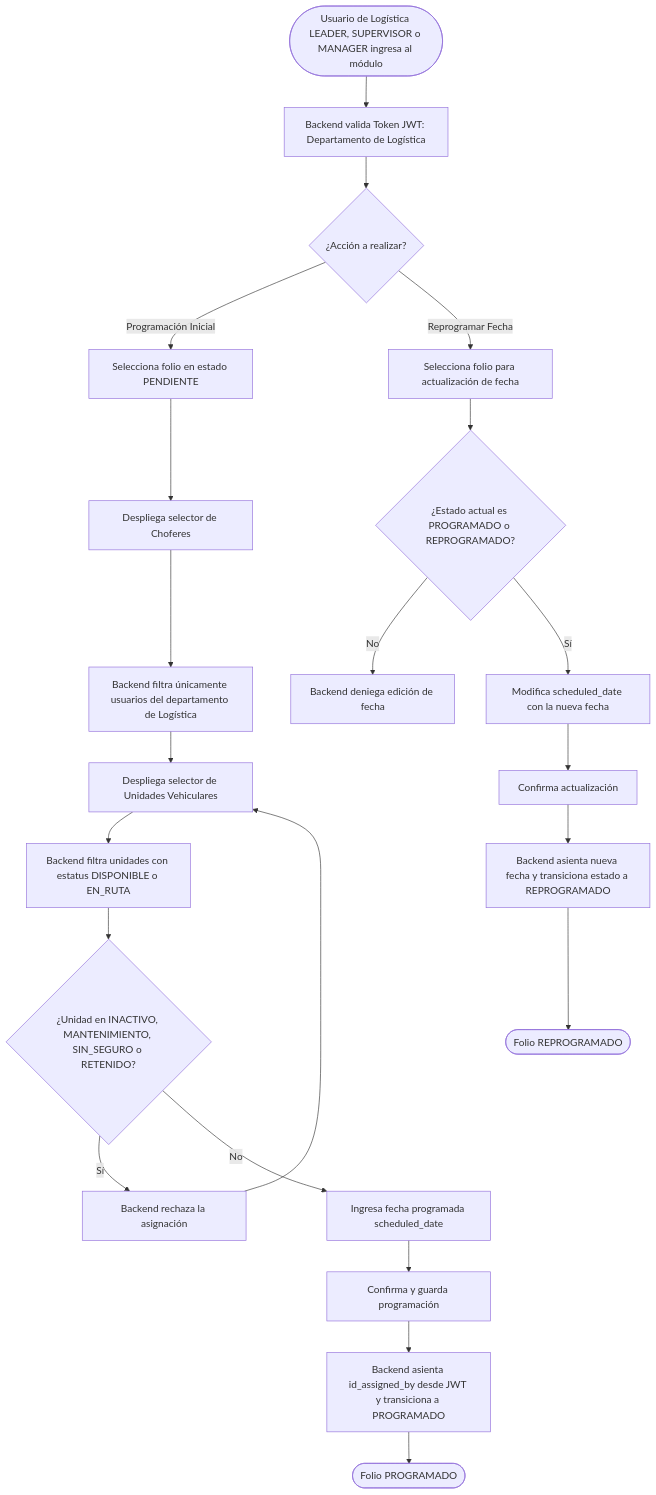
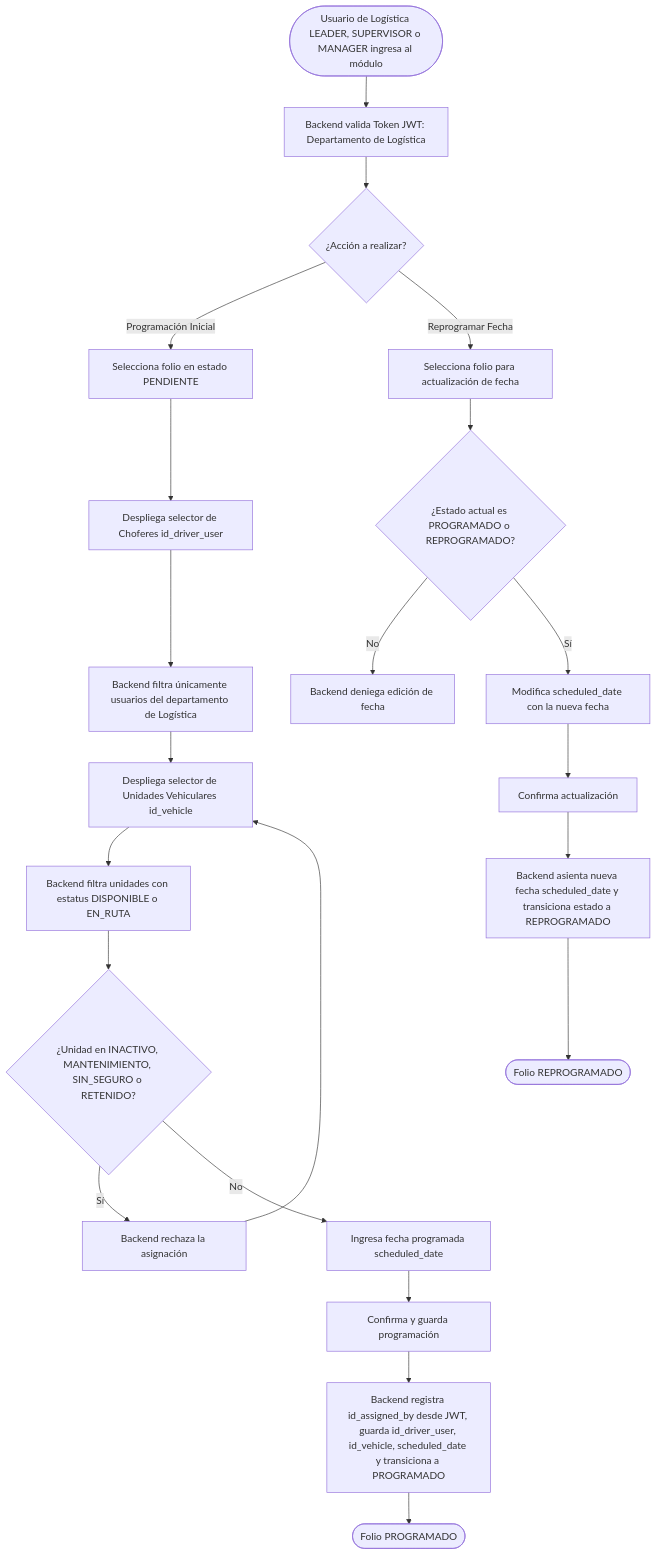
One commit to Automatizacion-KPC/KoonolApp changed the third of 4 diagrams in docs/modules/product_recollection.md. Above: the diagram before and after it, drawn with Mermaid. The commit also changed other lines of this file, not shown here.

Commit message:
docs(qlr/docs): actualizar diagramas de flujo respecto a todos los cambios realizados en BR y US [chore]

````diff
--- a/docs/modules/product_recollection.md
+++ b/docs/modules/product_recollection.md
@@ -215,28 +217,28 @@
 ```mermaid
 graph TD
     A([Usuario de Logística LEADER, SUPERVISOR o MANAGER ingresa al módulo]) --> B[Backend valida Token JWT: Departamento de Logística]
     B --> C{¿Acción a realizar?}
 
     %% Flujo de Asignación Inicial
     C -- Programación Inicial --> D[Selecciona folio en estado PENDIENTE]
-    D --> E[Despliega selector de Choferes]
+    D --> E[Despliega selector de Choferes id_driver_user]
     E --> F[Backend filtra únicamente usuarios del departamento de Logística]
-    F --> G[Despliega selector de Unidades Vehiculares]
+    F --> G[Despliega selector de Unidades Vehiculares id_vehicle]
     G --> H[Backend filtra unidades con estatus DISPONIBLE o EN_RUTA]
     H --> I{¿Unidad en INACTIVO, MANTENIMIENTO, SIN_SEGURO o RETENIDO?}
     I -- Sí --> J[Backend rechaza la asignación]
     J --> G
     I -- No --> K[Ingresa fecha programada scheduled_date]
     K --> L[Confirma y guarda programación]
-    L --> M[Backend asienta id_assigned_by desde JWT y transiciona a PROGRAMADO]
+    L --> M[Backend registra id_assigned_by desde JWT, guarda id_driver_user, id_vehicle, scheduled_date y transiciona a PROGRAMADO]
     M --> N([Folio PROGRAMADO])
 
     %% Flujo de Reprogramación
     C -- Reprogramar Fecha --> O[Selecciona folio para actualización de fecha]
     O --> P{¿Estado actual es PROGRAMADO o REPROGRAMADO?}
     P -- No --> Q[Backend deniega edición de fecha]
     P -- Sí --> R[Modifica scheduled_date con la nueva fecha]
     R --> S[Confirma actualización]
-    S --> T[Backend asienta nueva fecha y transiciona estado a REPROGRAMADO]
+    S --> T[Backend asienta nueva fecha scheduled_date y transiciona estado a REPROGRAMADO]
     T --> U([Folio REPROGRAMADO])
 ```
````
